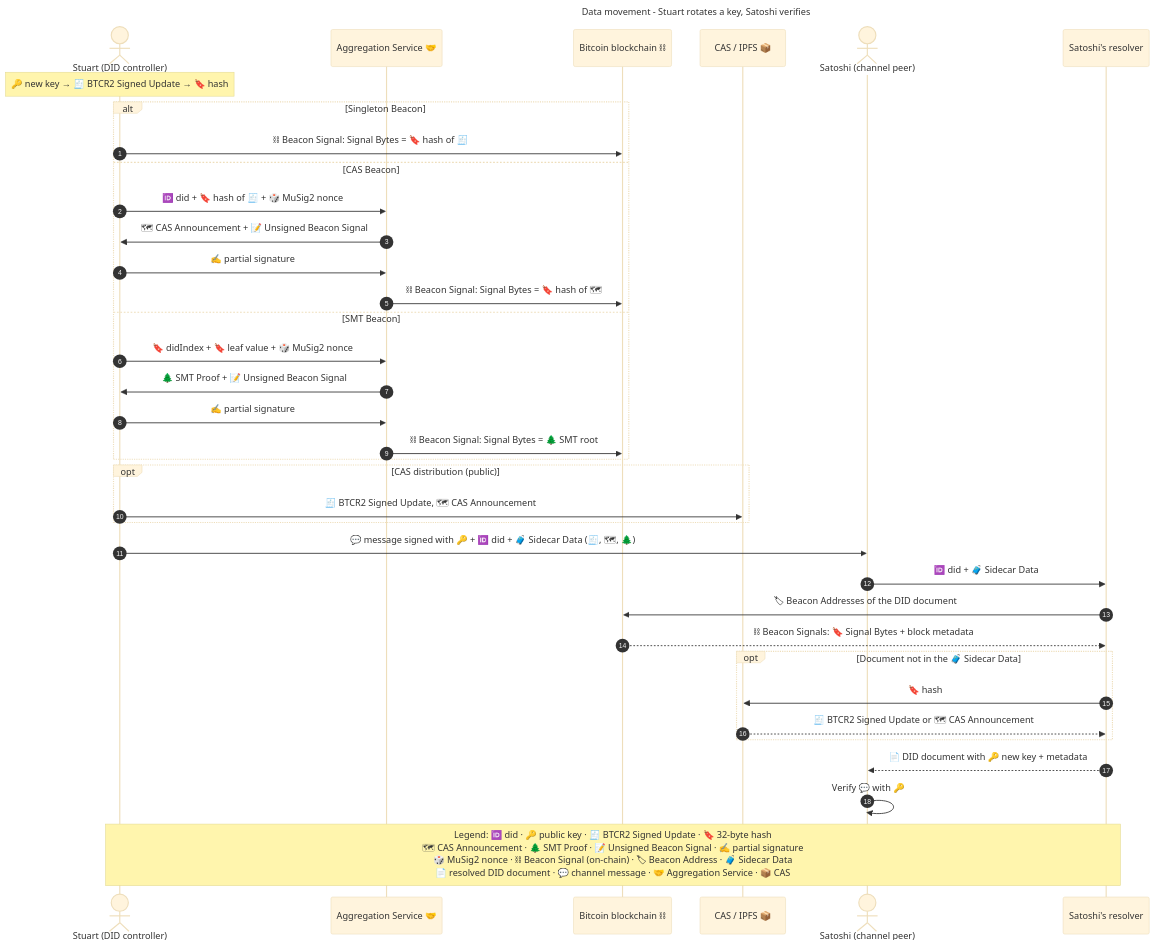
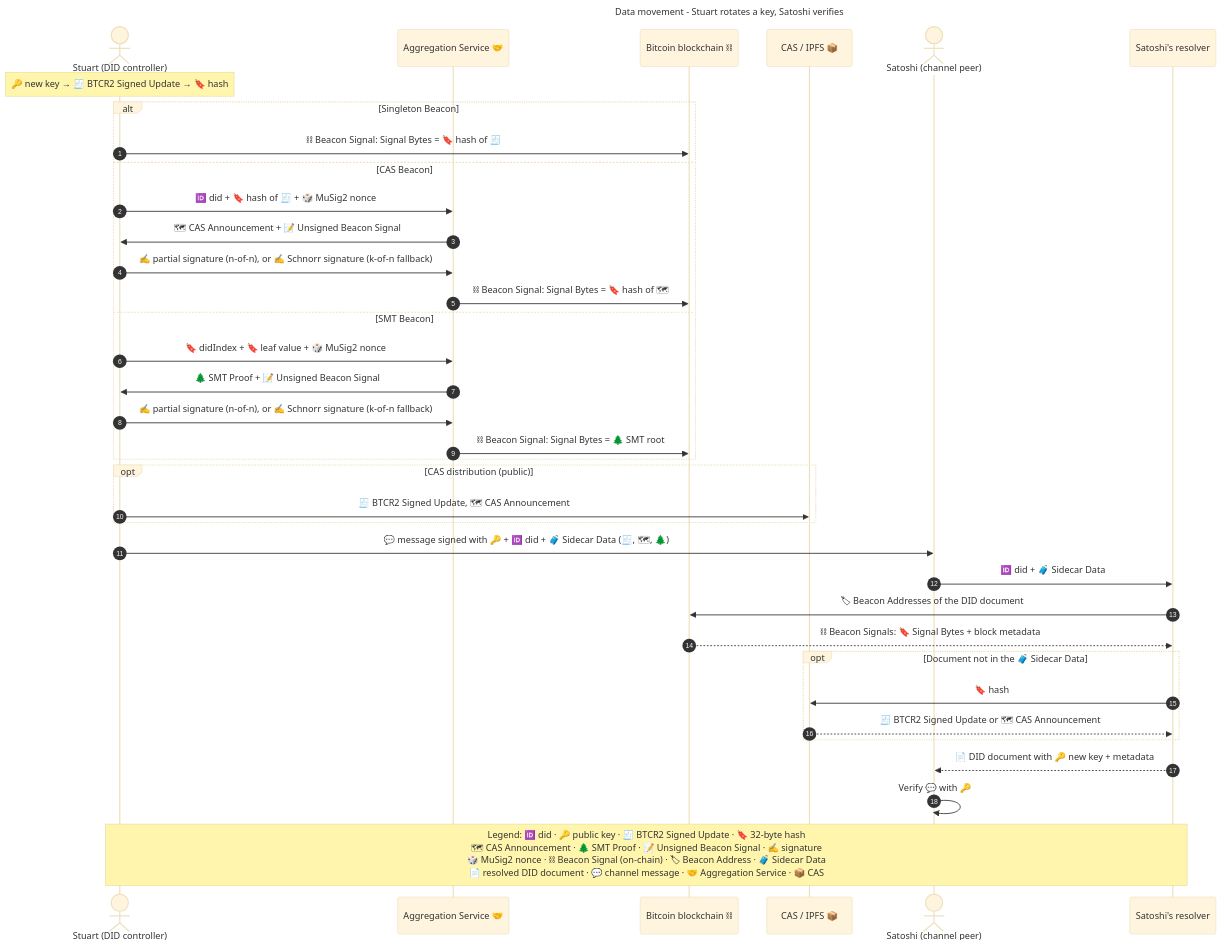
Before and after one commit to dcdpr/website-btcr2-dev: the diagram in public/diagrams/stuart-meets-satoshi/data-movement.mmd, drawn with Mermaid (base theme). The commit also changed 9 other files, not shown here.

First line of the commit message:
docs(diagrams): show a k-of-n fallback next to n-of-n signatures

```diff
--- a/public/diagrams/stuart-meets-satoshi/data-movement.mmd
+++ b/public/diagrams/stuart-meets-satoshi/data-movement.mmd
@@ -1,47 +1,47 @@
 ---
 title: Data movement - Stuart rotates a key, Satoshi verifies
 ---
 
 %% Each message starts with the icons of the data that moves. The legend is at the end.
 
 sequenceDiagram
     autonumber
     actor Stu as Stuart (DID controller)
     participant AS as Aggregation Service 🤝
     participant BTC as Bitcoin blockchain ⛓
     participant CAS as CAS / IPFS 📦
     actor Sat as Satoshi (channel peer)
     participant Res as Satoshi's resolver
 
     Note over Stu: 🔑 new key → 🧾 BTCR2 Signed Update → 🔖 hash
 
     alt Singleton Beacon
         Stu->>BTC: ⛓ Beacon Signal: Signal Bytes = 🔖 hash of 🧾
     else CAS Beacon
         Stu->>AS: 🆔 did + 🔖 hash of 🧾 + 🎲 MuSig2 nonce
         AS->>Stu: 🗺 CAS Announcement + 📝 Unsigned Beacon Signal
-        Stu->>AS: ✍ partial signature
+        Stu->>AS: ✍ partial signature (n-of-n), or ✍ Schnorr signature (k-of-n fallback)
         AS->>BTC: ⛓ Beacon Signal: Signal Bytes = 🔖 hash of 🗺
     else SMT Beacon
         Stu->>AS: 🔖 didIndex + 🔖 leaf value + 🎲 MuSig2 nonce
         AS->>Stu: 🌲 SMT Proof + 📝 Unsigned Beacon Signal
-        Stu->>AS: ✍ partial signature
+        Stu->>AS: ✍ partial signature (n-of-n), or ✍ Schnorr signature (k-of-n fallback)
         AS->>BTC: ⛓ Beacon Signal: Signal Bytes = 🌲 SMT root
     end
 
     opt CAS distribution (public)
         Stu->>CAS: 🧾 BTCR2 Signed Update, 🗺 CAS Announcement
     end
     Stu->>Sat: 💬 message signed with 🔑 + 🆔 did + 🧳 Sidecar Data (🧾, 🗺, 🌲)
 
     Sat->>Res: 🆔 did + 🧳 Sidecar Data
     Res->>BTC: 🏷 Beacon Addresses of the DID document
     BTC-->>Res: ⛓ Beacon Signals: 🔖 Signal Bytes + block metadata
     opt Document not in the 🧳 Sidecar Data
         Res->>CAS: 🔖 hash
         CAS-->>Res: 🧾 BTCR2 Signed Update or 🗺 CAS Announcement
     end
     Res-->>Sat: 📄 DID document with 🔑 new key + metadata
     Sat->>Sat: Verify 💬 with 🔑
 
-    Note over Stu,Res: Legend: 🆔 did · 🔑 public key · 🧾 BTCR2 Signed Update · 🔖 32-byte hash<br/>🗺 CAS Announcement · 🌲 SMT Proof · 📝 Unsigned Beacon Signal · ✍ partial signature<br/>🎲 MuSig2 nonce · ⛓ Beacon Signal (on-chain) · 🏷 Beacon Address · 🧳 Sidecar Data<br/>📄 resolved DID document · 💬 channel message · 🤝 Aggregation Service · 📦 CAS
+    Note over Stu,Res: Legend: 🆔 did · 🔑 public key · 🧾 BTCR2 Signed Update · 🔖 32-byte hash<br/>🗺 CAS Announcement · 🌲 SMT Proof · 📝 Unsigned Beacon Signal · ✍ signature<br/>🎲 MuSig2 nonce · ⛓ Beacon Signal (on-chain) · 🏷 Beacon Address · 🧳 Sidecar Data<br/>📄 resolved DID document · 💬 channel message · 🤝 Aggregation Service · 📦 CAS
```
